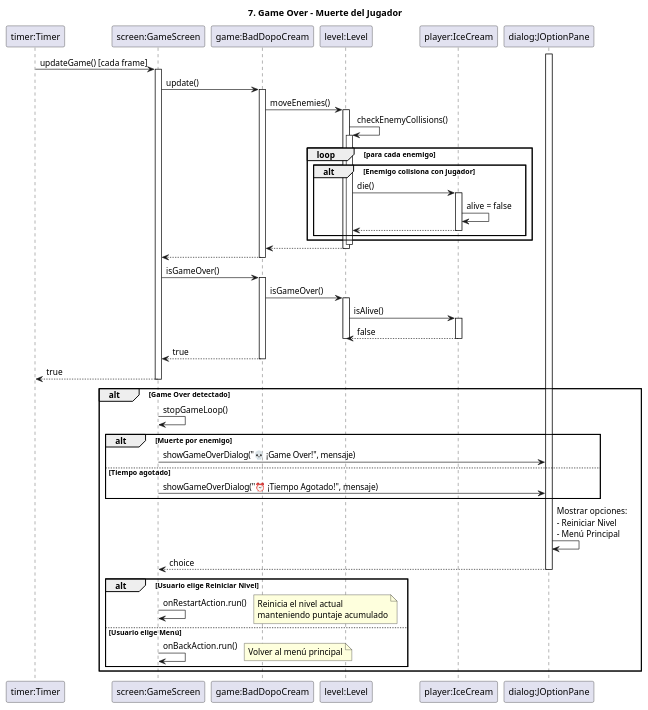
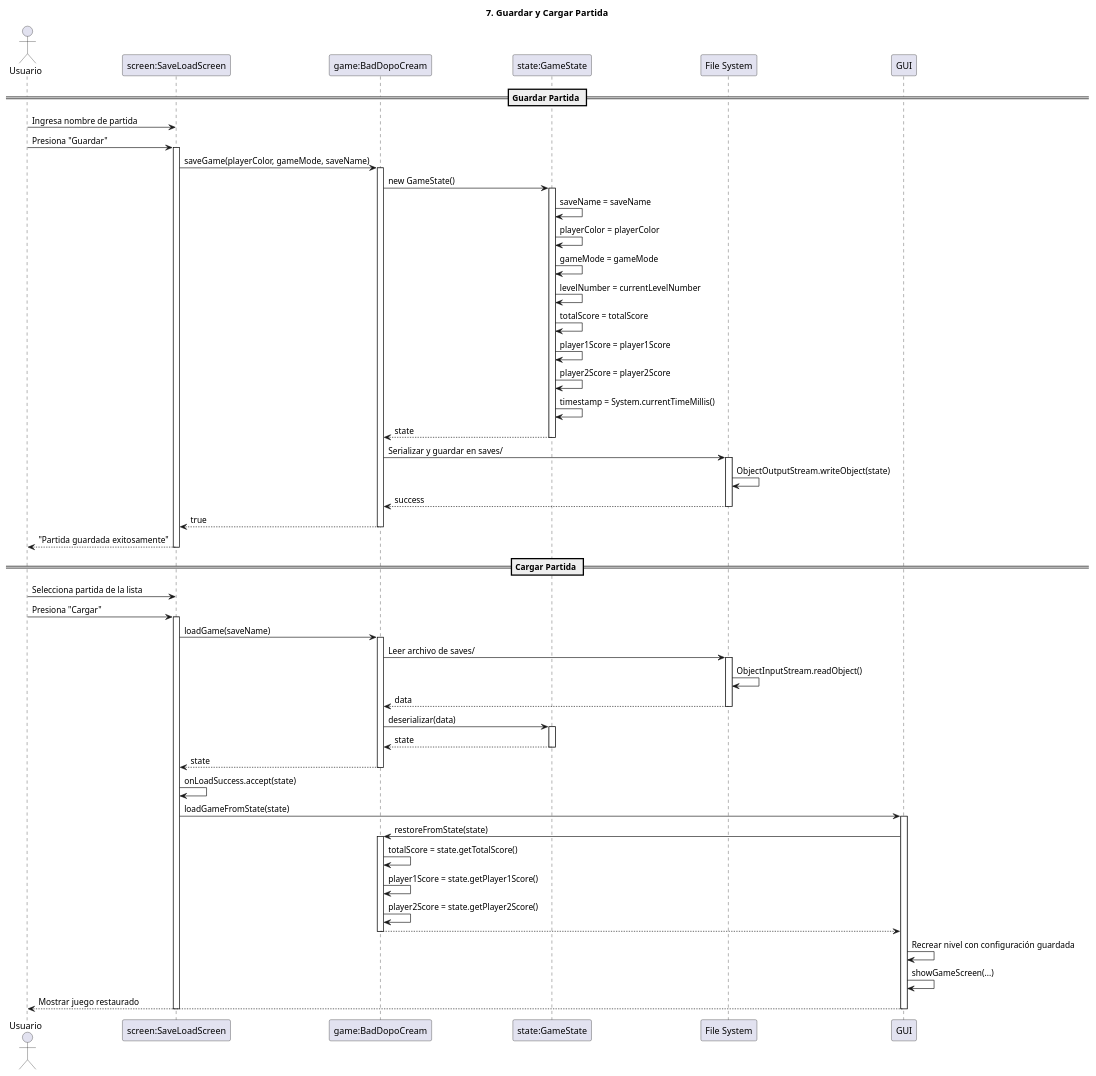
The eighth of 11 diagrams in docs/sequence-diagrams.puml (AnotherCreatorAnonymous/BadDopocream), drawn with PlantUML before and after one commit. The commit also changed other lines of this file and 146 other files, not shown here.

Commit message:
Proyecto Bad Dopo Cream completo - 4 modos de juego, IA de enemigos y jugadores, sistema de puntajes y highscores, 95 tests JUnit, diagramas PlantUML actualizados

```diff
--- a/docs/sequence-diagrams.puml
+++ b/docs/sequence-diagrams.puml
@@ -545,77 +695,83 @@
-@startuml 07_Game_Over
+@startuml 07_Guardar_Cargar_Partida
 
-title 7. Game Over - Muerte del Jugador
+title 7. Guardar y Cargar Partida
 
-participant "timer:Timer" as Timer
-participant "screen:GameScreen" as Screen
+actor Usuario
+participant "screen:SaveLoadScreen" as Screen
 participant "game:BadDopoCream" as Game
-participant "level:Level" as Level
-participant "player:IceCream" as Player
-participant "dialog:JOptionPane" as Dialog
+participant "state:GameState" as State
+participant "File System" as FS
 
-Timer -> Screen: updateGame() [cada frame]
+== Guardar Partida ==
+
+Usuario -> Screen: Ingresa nombre de partida
+Usuario -> Screen: Presiona "Guardar"
 activate Screen
 
-Screen -> Game: update()
+Screen -> Game: saveGame(playerColor, gameMode, saveName)
 activate Game
 
-Game -> Level: moveEnemies()
-activate Level
+Game -> State: new GameState()
+activate State
+State -> State: saveName = saveName
+State -> State: playerColor = playerColor
+State -> State: gameMode = gameMode
+State -> State: levelNumber = currentLevelNumber
+State -> State: totalScore = totalScore
+State -> State: player1Score = player1Score
+State -> State: player2Score = player2Score
+State -> State: timestamp = System.currentTimeMillis()
+return state
 
-Level -> Level: checkEnemyCollisions()
-activate Level
+Game -> FS: Serializar y guardar en saves/
+activate FS
+FS -> FS: ObjectOutputStream.writeObject(state)
+return success
 
-loop para cada enemigo
-    alt Enemigo colisiona con jugador
-        Level -> Player: die()
-        activate Player
-        Player -> Player: alive = false
-        return
-    end
-end
-
-deactivate Level
-return
-
-return
-
-Screen -> Game: isGameOver()
-activate Game
-Game -> Level: isGameOver()
-activate Level
-Level -> Player: isAlive()
-activate Player
-return false
-deactivate Level
-return true
 return true
 
-alt Game Over detectado
-
-    Screen -> Screen: stopGameLoop()
-    
-    alt Muerte por enemigo
-        Screen -> Dialog: showGameOverDialog("💀 ¡Game Over!", mensaje)
-    else Tiempo agotado
-        Screen -> Dialog: showGameOverDialog("⏰ ¡Tiempo Agotado!", mensaje)
-    end
-    
-    activate Dialog
-    Dialog -> Dialog: Mostrar opciones:\n- Reiniciar Nivel\n- Menú Principal
-    Dialog --> Screen: choice
-    deactivate Dialog
-    
-    alt Usuario elige Reiniciar Nivel
-        Screen -> Screen: onRestartAction.run()
-        note right: Reinicia el nivel actual\nmanteniendo puntaje acumulado
-        
-    else Usuario elige Menú
-        Screen -> Screen: onBackAction.run()
-        note right: Volver al menú principal
-    end
-
-end
+Screen --> Usuario: "Partida guardada exitosamente"
 
 deactivate Screen
 
+== Cargar Partida ==
+
+Usuario -> Screen: Selecciona partida de la lista
+Usuario -> Screen: Presiona "Cargar"
+activate Screen
+
+Screen -> Game: loadGame(saveName)
+activate Game
+
+Game -> FS: Leer archivo de saves/
+activate FS
+FS -> FS: ObjectInputStream.readObject()
+return data
+
+Game -> State: deserializar(data)
+activate State
+return state
+
+return state
+
+Screen -> Screen: onLoadSuccess.accept(state)
+
+Screen -> GUI: loadGameFromState(state)
+activate GUI
+
+GUI -> Game: restoreFromState(state)
+activate Game
+Game -> Game: totalScore = state.getTotalScore()
+Game -> Game: player1Score = state.getPlayer1Score()
+Game -> Game: player2Score = state.getPlayer2Score()
+return
+
+GUI -> GUI: Recrear nivel con configuración guardada
+GUI -> GUI: showGameScreen(...)
+
+GUI --> Usuario: Mostrar juego restaurado
+
+deactivate GUI
+deactivate Screen
+
 @enduml
```
